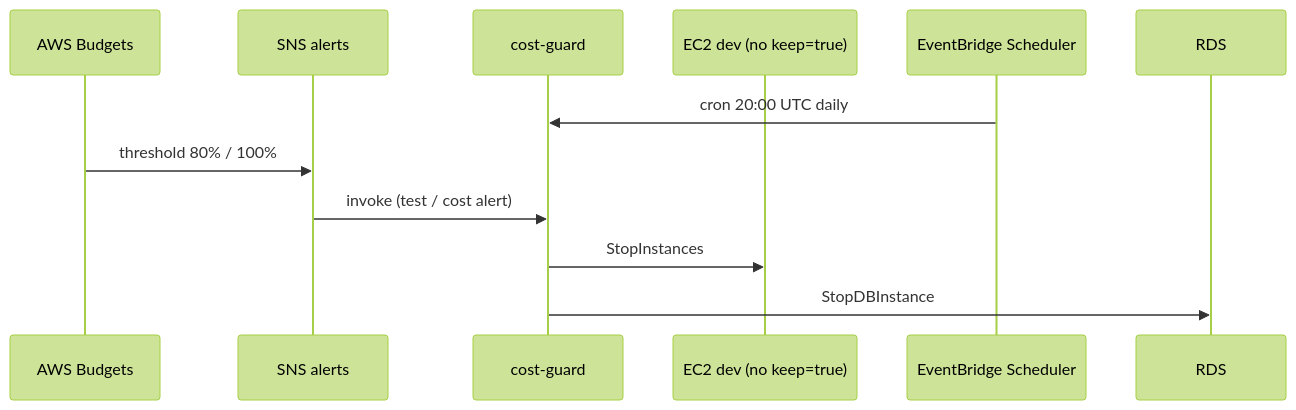
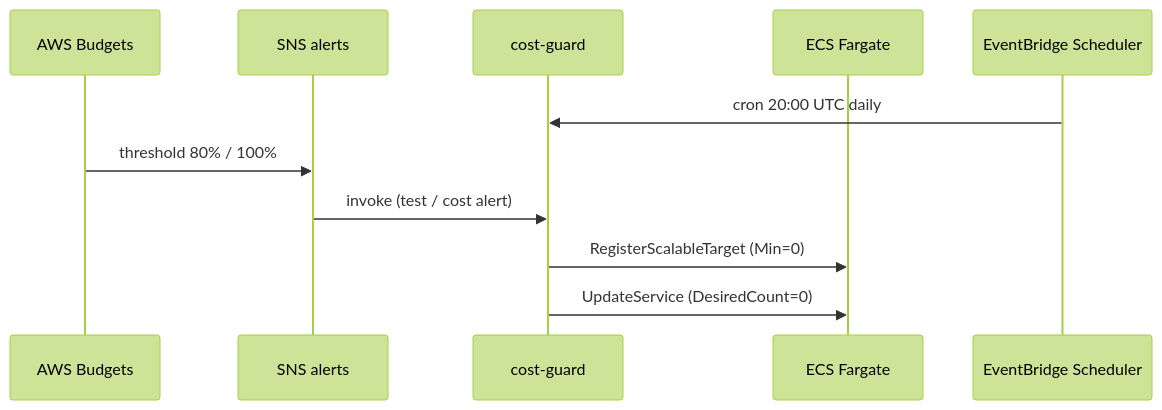
One commit to KickLabs/Kicks-Shoes changed the second of 2 diagrams in docs/guide/week6/w6_must_haves_mapping.md. Above: the diagram before and after it, drawn with Mermaid (forest theme). The commit also changed other lines of this file and 11 other files, not shown here.

````diff
--- a/docs/guide/week6/w6_must_haves_mapping.md
+++ b/docs/guide/week6/w6_must_haves_mapping.md
@@ -63,14 +63,14 @@
 ```mermaid
 sequenceDiagram
     participant Budget as AWS Budgets
     participant SNS as SNS alerts
     participant Lambda as cost-guard
-    participant EC2 as EC2 dev (no keep=true)
+    participant ECS as ECS Fargate
     participant Sched as EventBridge Scheduler
 
     Sched->>Lambda: cron 20:00 UTC daily
     Budget->>SNS: threshold 80% / 100%
     SNS->>Lambda: invoke (test / cost alert)
-    Lambda->>EC2: StopInstances
-    Lambda->>RDS: StopDBInstance
+    Lambda->>ECS: RegisterScalableTarget (Min=0)
+    Lambda->>ECS: UpdateService (DesiredCount=0)
 ```
````
